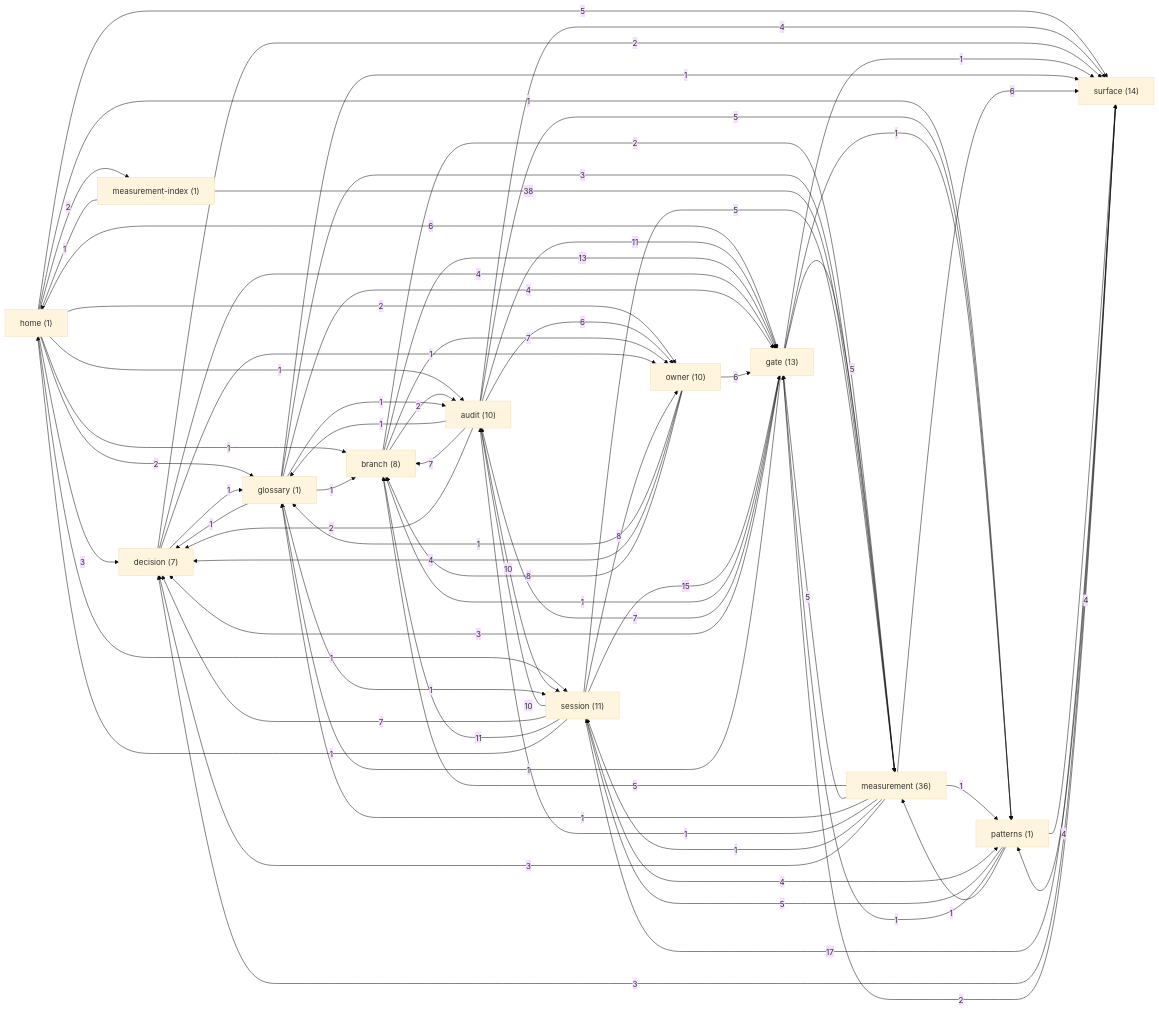
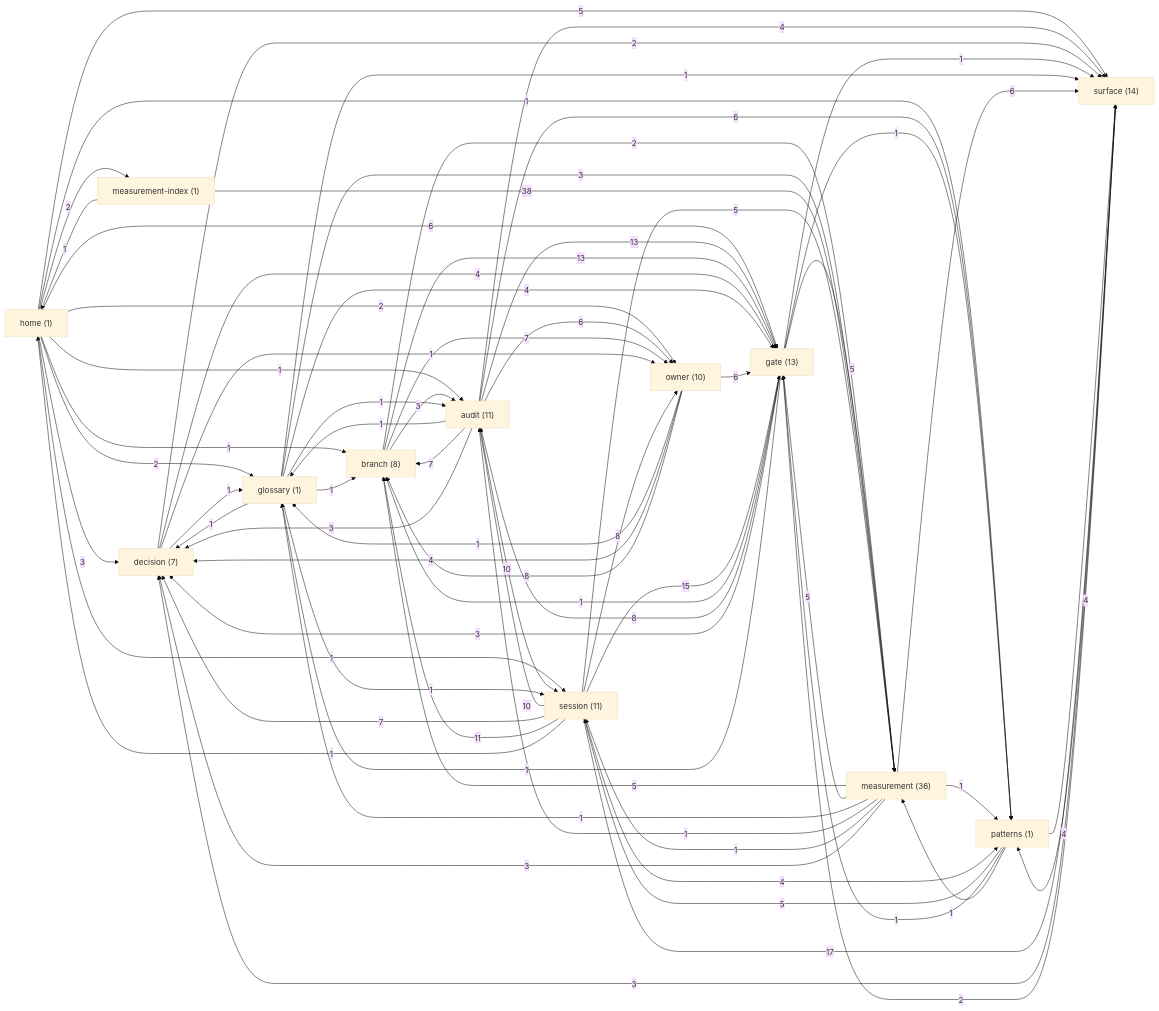
One commit to sergey9519546/STORYMACHINE changed the diagram in docs/brain/GRAPH.md. Above: the diagram before and after it, drawn with Mermaid (base theme). The commit also changed other lines of this file and 10 other files, not shown here.

````diff
--- a/docs/brain/GRAPH.md
+++ b/docs/brain/GRAPH.md
@@ -9,7 +9,7 @@
 ```mermaid
 graph LR
   home["home (1)"]
-  audit["audit (10)"]
+  audit["audit (11)"]
   branch["branch (8)"]
   decision["decision (7)"]
   gate["gate (13)"]
@@ -33,12 +33,12 @@
   audit -->|1| glossary
   audit -->|10| session
   audit -->|7| branch
-  audit -->|11| gate
-  audit -->|2| decision
-  audit -->|5| patterns
+  audit -->|13| gate
+  audit -->|3| decision
+  audit -->|6| patterns
   audit -->|6| owner
   audit -->|4| surface
-  branch -->|2| audit
+  branch -->|3| audit
   branch -->|7| owner
   branch -->|13| gate
   branch -->|2| measurement
@@ -47,7 +47,7 @@
   decision -->|2| surface
   decision -->|1| owner
   gate -->|1| branch
-  gate -->|7| audit
+  gate -->|8| audit
   gate -->|3| decision
   gate -->|5| measurement
   gate -->|1| patterns
````
